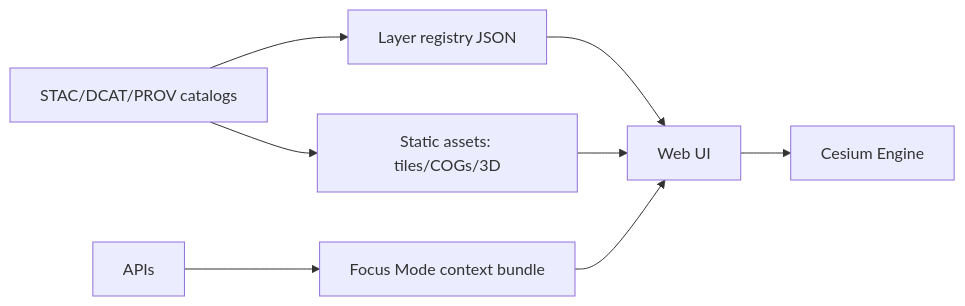
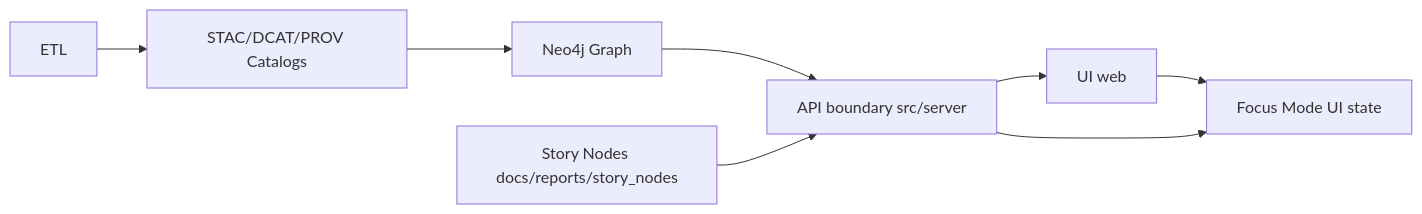
Before and after one commit to bartytime4life/Kansas-Frontier-Matrix: the first of 2 diagrams in web/cesium/README.md, drawn with Mermaid. The commit also changed other lines of this file, not shown here.

First line of the commit message:
Revise Cesium subsystem README content and metadata

```diff
--- a/web/cesium/README.md
+++ b/web/cesium/README.md
@@ -136,10 +153,10 @@
 ~~~mermaid
 flowchart LR
-  A[STAC/DCAT/PROV catalogs] --> B[Layer registry JSON]
-  A --> C[Static assets: tiles/COGs/3D]
-  D[APIs] --> E[Focus Mode context bundle]
-  B --> UI[Web UI]
-  C --> UI
-  E --> UI
-  UI --> CZ[Cesium Engine]
+  A[ETL] --> B[STAC/DCAT/PROV Catalogs]
+  B --> C[Neo4j Graph]
+  C --> D[API boundary src/server]
+  D --> E[UI web]
+  E --> F[Focus Mode UI state]
+  G[Story Nodes docs/reports/story_nodes] --> D
+  D --> F
 ~~~
```
